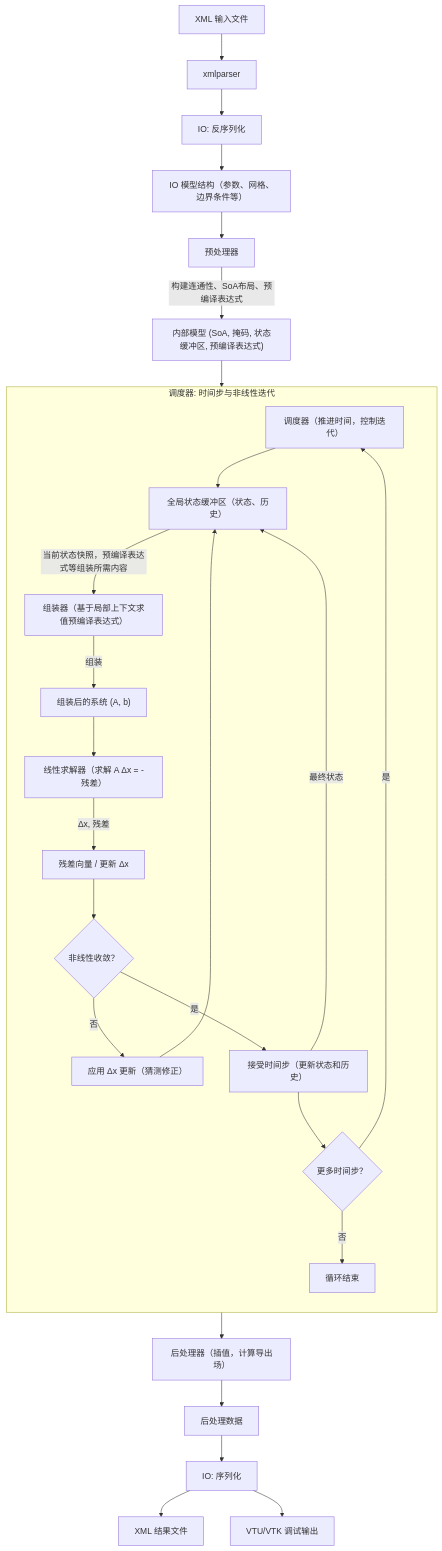
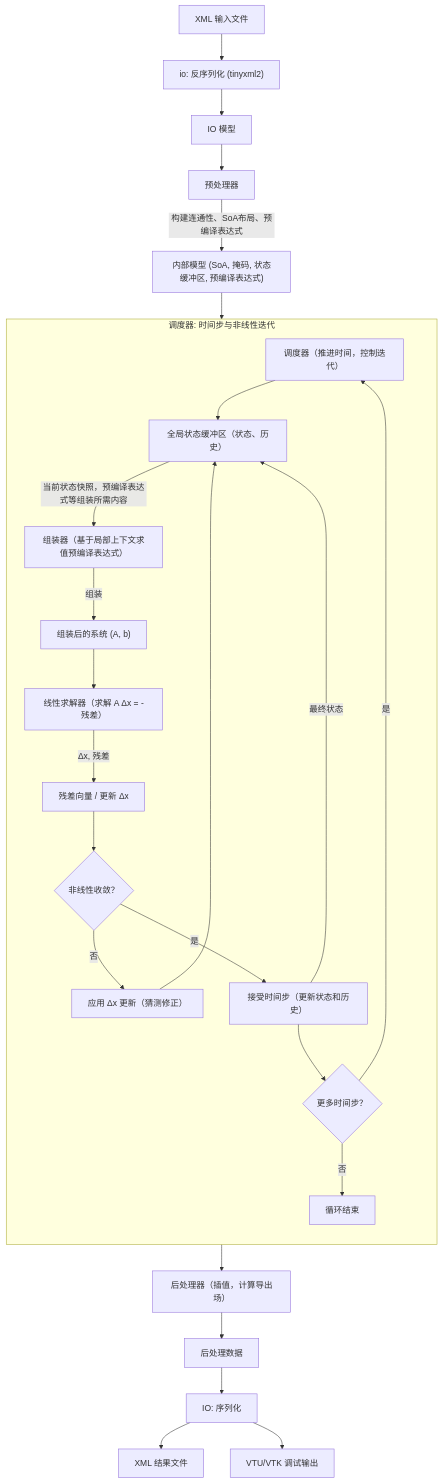
One commit to catyugu/MetaHotspot changed the diagram in README.md. Above: the diagram before and after it, drawn with Mermaid. The commit also changed other lines of this file, not shown here.

````diff
--- a/README.md
+++ b/README.md
@@ -41,43 +42,41 @@
 ```mermaid
 flowchart TD
-    XML["XML 输入文件"] --> xmlp["xmlparser"]
-    xmlp --> io_read["IO: 反序列化"]
-    io_read --> IOModel["IO 模型结构（参数、网格、边界条件等）"]
+    XML["XML 输入文件"] --> io_read["io: 反序列化 (tinyxml2)"]
+    io_read --> IOModel["IO 模型"]
     IOModel --> pre["预处理器"]
     pre -- "构建连通性、SoA布局、预编译表达式" --> IntModel["内部模型 (SoA, 掩码, 状态缓冲区, 预编译表达式)"]
 
     IntModel --> sched
 
     subgraph SimulationLoop ["调度器: 时间步与非线性迭代"]
         direction TB
         sched["调度器（推进时间，控制迭代）"]
         stat["全局状态缓冲区（状态、历史）"]
         assembler["组装器（基于局部上下文求值预编译表达式）"]
         Asys["组装后的系统 (A, b)"]
         solver["线性求解器（求解 A Δx = -残差）"]
         Dx["残差向量 / 更新 Δx"]
         converged{"非线性收敛？"}
 
         sched --> stat
         stat -- "当前状态快照，预编译表达式等组装所需内容" --> assembler
         assembler -- "组装" --> Asys
         Asys --> solver
         solver -- "Δx, 残差" --> Dx
         Dx --> converged
 
         converged -- "否" --> update_guess["应用 Δx 更新（猜测修正）"] --> stat
         converged -- "是" --> accept["接受时间步（更新状态和历史）"]
         accept -- "最终状态" --> stat
         accept --> next_time{"更多时间步？"}
         next_time -- "是" --> sched
         next_time -- "否" --> loop_done["循环结束"]
     end
 
     loop_done --> post["后处理器（插值，计算导出场）"]
     post --> Pdata["后处理数据"]
     Pdata --> io_write["IO: 序列化"]
     io_write --> XMLout["XML 结果文件"]
     io_write --> VTU["VTU/VTK 调试输出"]
 
-
 ```
````
